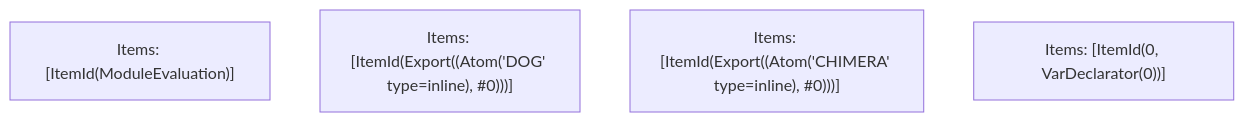
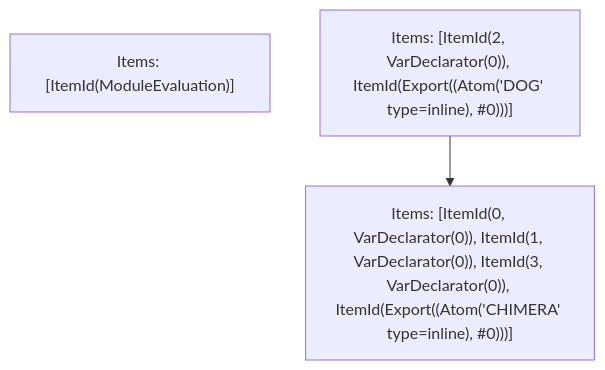
The fifth of 5 diagrams in crates/turbopack-ecmascript/tests/tree-shaker/analyzer/simple/output.md (vercel/turborepo), drawn with Mermaid before and after one commit. The commit also changed other lines of this file and 3 other files, not shown here.

````diff
--- a/crates/turbopack-ecmascript/tests/tree-shaker/analyzer/simple/output.md
+++ b/crates/turbopack-ecmascript/tests/tree-shaker/analyzer/simple/output.md
@@ -120,7 +120,7 @@
 ```mermaid
 graph TD
     N0["Items: [ItemId(ModuleEvaluation)]"];
-    N1["Items: [ItemId(Export((Atom('DOG' type=inline), #0)))]"];
-    N2["Items: [ItemId(Export((Atom('CHIMERA' type=inline), #0)))]"];
-    N3["Items: [ItemId(0, VarDeclarator(0))]"];
+    N1["Items: [ItemId(2, VarDeclarator(0)), ItemId(Export((Atom('DOG' type=inline), #0)))]"];
+    N2["Items: [ItemId(0, VarDeclarator(0)), ItemId(1, VarDeclarator(0)), ItemId(3, VarDeclarator(0)), ItemId(Export((Atom('CHIMERA' type=inline), #0)))]"];
+    N1 --> N2;
 ```
````
